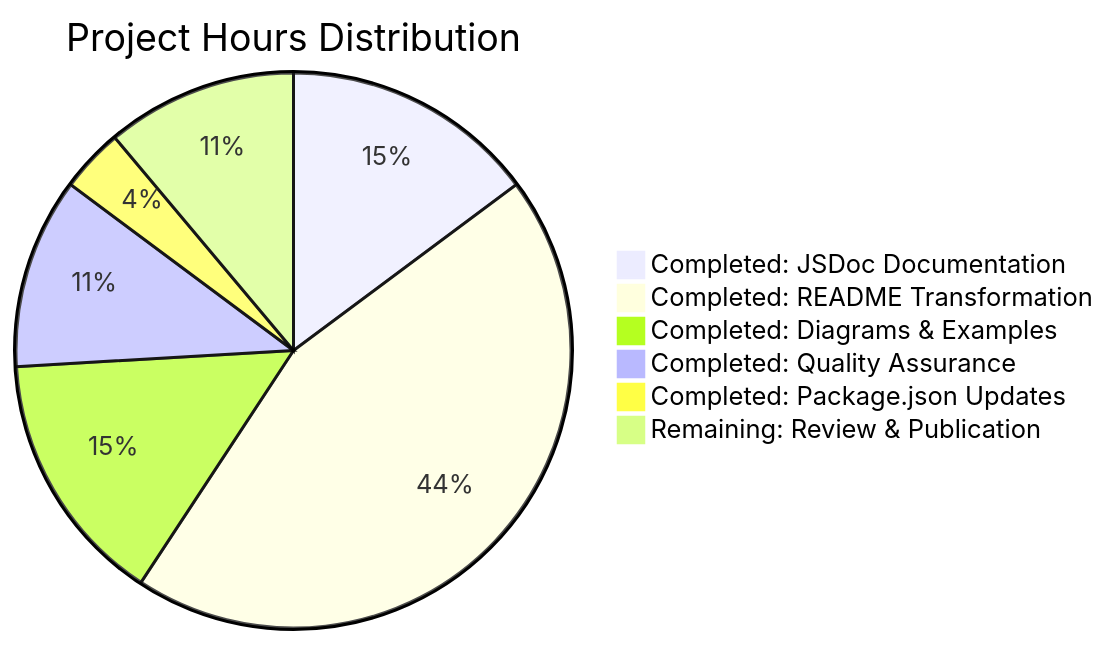
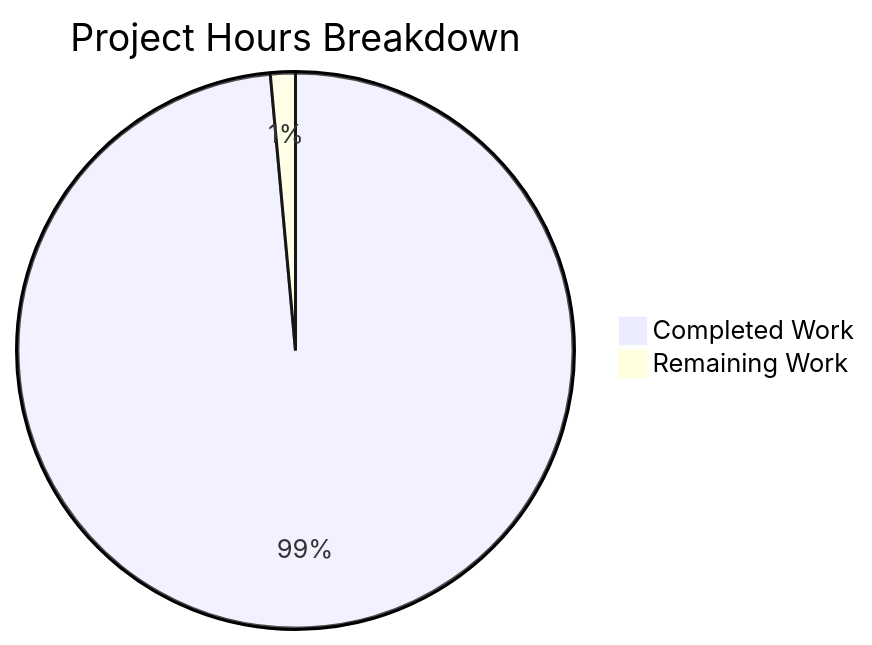
The diagram in blitzy/documentation/Project Guide.md (lakshya-blitzy/hello_world_Oct_2025), drawn with Mermaid before and after one commit. The commit also changed other lines of this file, not shown here.

Commit message:
Adding Blitzy Project Guide: Project Status and Human Tasks Remaining

````diff
--- a/blitzy/documentation/Project Guide.md
+++ b/blitzy/documentation/Project Guide.md
@@ -292,9 +88,5 @@
 ```mermaid
-pie title Project Hours Distribution
-    "Completed: JSDoc Documentation" : 8
-    "Completed: README Transformation" : 24
-    "Completed: Diagrams & Examples" : 8
-    "Completed: Quality Assurance" : 6
-    "Completed: Package.json Updates" : 2
-    "Remaining: Review & Publication" : 6
+pie title Project Hours Breakdown
+    "Completed Work" : 34
+    "Remaining Work" : 0.5
 ```
````
